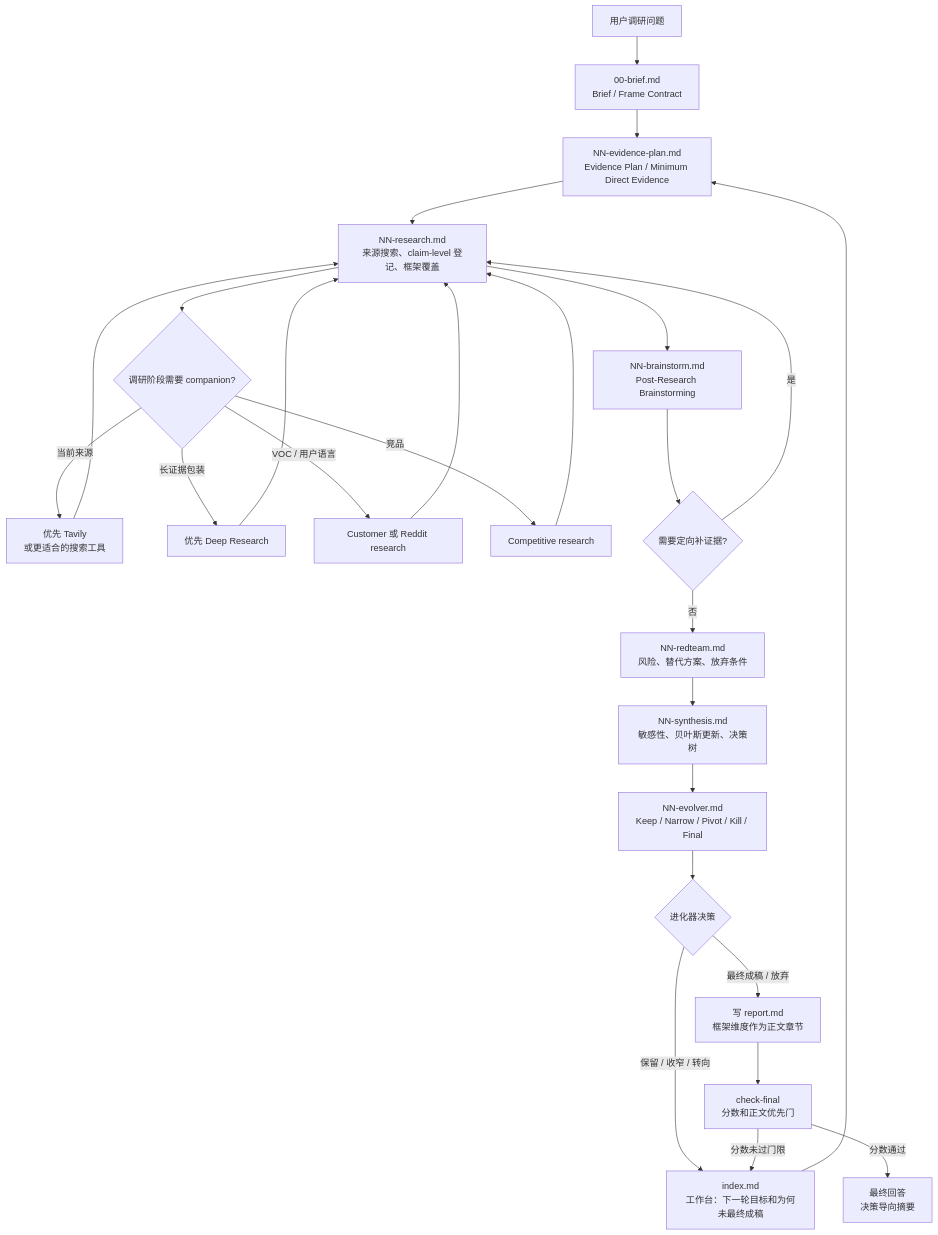
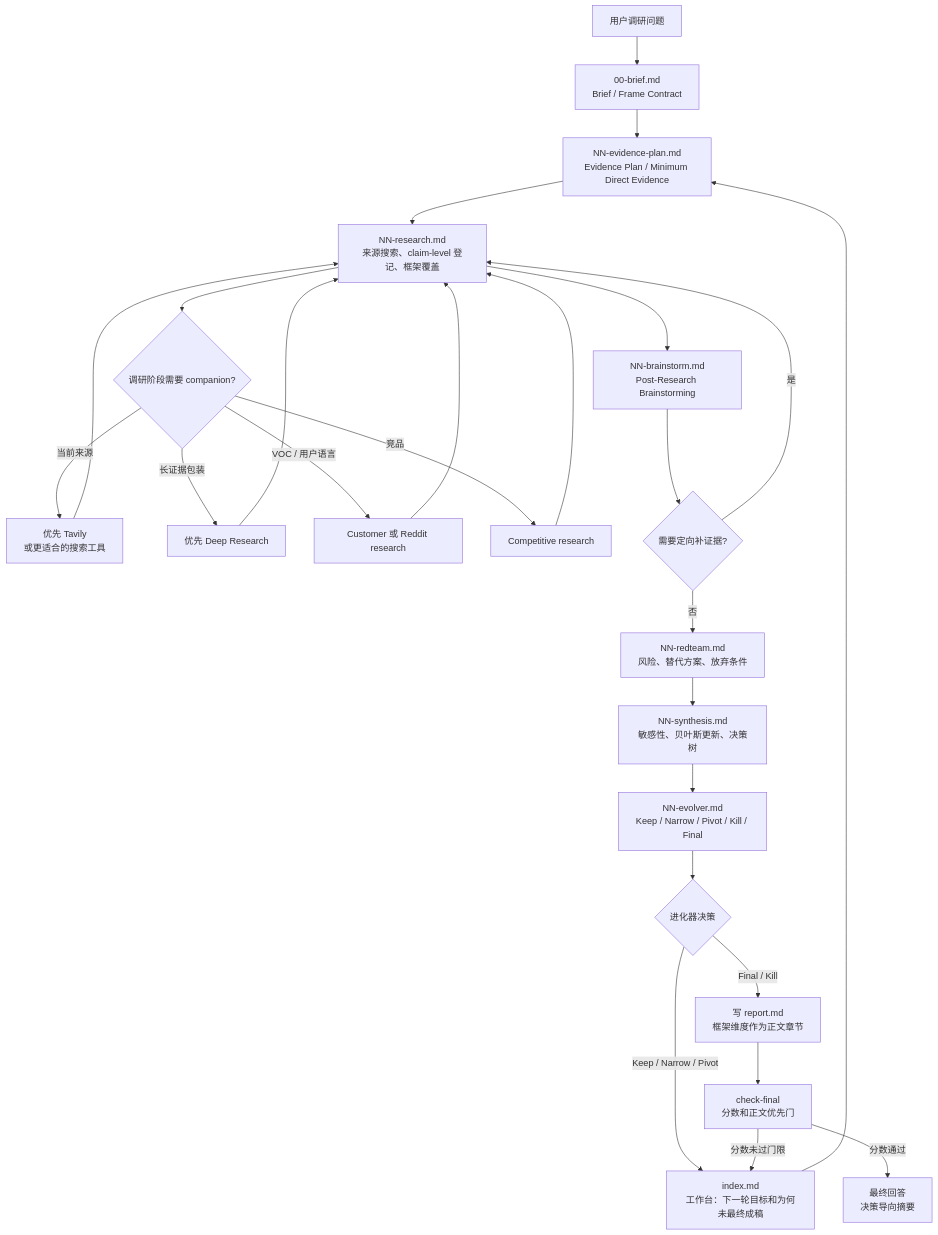
The diagram in README.zh-CN.md (GoatGit/super-survey), drawn with Mermaid before and after one commit. The commit also changed other lines of this file and 6 other files, not shown here.

````diff
--- a/README.zh-CN.md
+++ b/README.zh-CN.md
@@ -235,28 +243,28 @@
 ```mermaid
 flowchart TD
     A[用户调研问题] --> B[00-brief.md<br/>Brief / Frame Contract]
     B --> P[NN-evidence-plan.md<br/>Evidence Plan / Minimum Direct Evidence]
     P --> C[NN-research.md<br/>来源搜索、claim-level 登记、框架覆盖]
     C --> D{调研阶段需要 companion?}
     D -->|当前来源| D1[优先 Tavily<br/>或更适合的搜索工具]
     D -->|长证据包装| D2[优先 Deep Research]
     D -->|VOC / 用户语言| D3[Customer 或 Reddit research]
     D -->|竞品| D4[Competitive research]
     D1 --> C
     D2 --> C
     D3 --> C
     D4 --> C
     C --> E[NN-brainstorm.md<br/>Post-Research Brainstorming]
     E --> X{需要定向补证据?}
     X -->|是| C
     X -->|否| F[NN-redteam.md<br/>风险、替代方案、放弃条件]
     F --> G[NN-synthesis.md<br/>敏感性、贝叶斯更新、决策树]
     G --> H[NN-evolver.md<br/>Keep / Narrow / Pivot / Kill / Final]
     H --> Q{进化器决策}
-    Q -->|保留 / 收窄 / 转向| I[index.md<br/>工作台：下一轮目标和为何未最终成稿]
+    Q -->|Keep / Narrow / Pivot| I[index.md<br/>工作台：下一轮目标和为何未最终成稿]
     I --> P
-    Q -->|最终成稿 / 放弃| J[写 report.md<br/>框架维度作为正文章节]
+    Q -->|Final / Kill| J[写 report.md<br/>框架维度作为正文章节]
     J --> R[check-final<br/>分数和正文优先门]
     R -->|分数未过门限| I
     R -->|分数通过| K[最终回答<br/>决策导向摘要]
 ```
````
